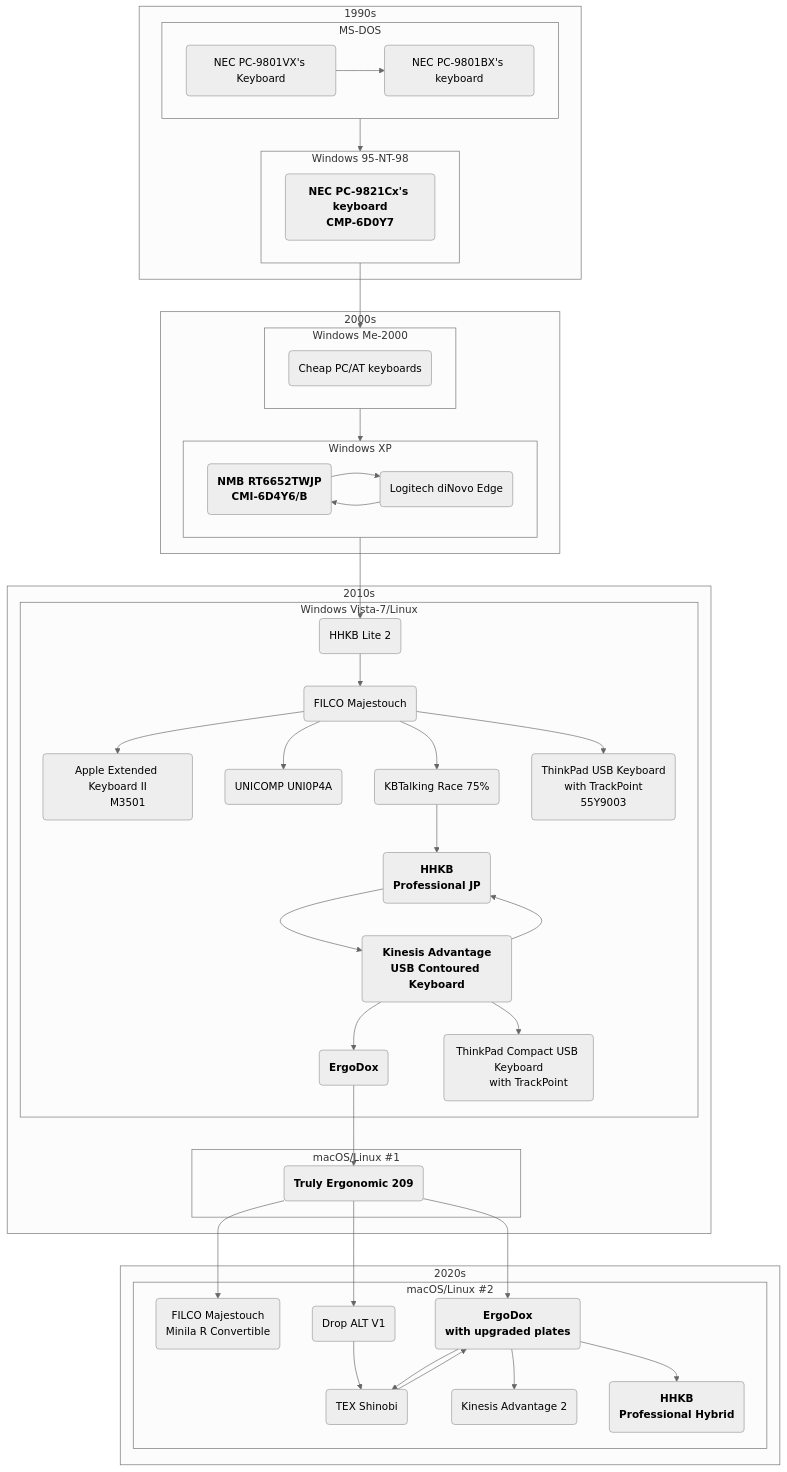
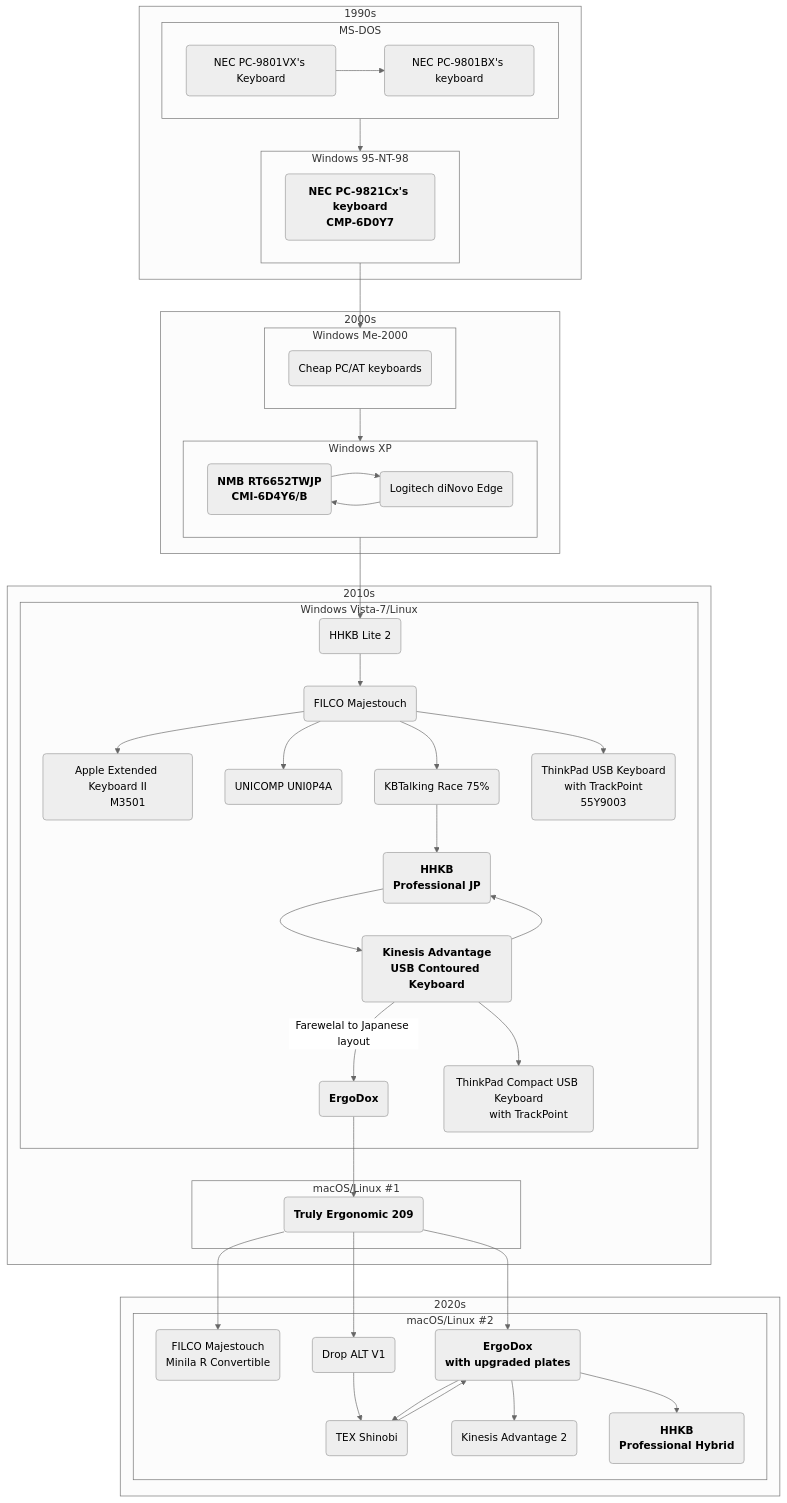
One commit to sumibi-yakitori/sumibi-yakitori changed the diagram in hid.md. Above: the diagram before and after it, drawn with Mermaid (neutral theme).

````diff
--- a/hid.md
+++ b/hid.md
@@ -19,76 +19,76 @@
 ```mermaid
 flowchart TB;
   subgraph 1990s
     subgraph MS-DOS
       direction LR
 
       pc9801vx(NEC PC-9801VX's Keyboard)-->pc9801bx(NEC PC-9801BX's keyboard);
     end
     
     subgraph Windows 95-NT-98
       direction LR
 
       pc9801bx-->pc9821cx13("`**NEC PC-9821Cx's keyboard
       CMP-6D0Y7**`");
     end
   end
   
   subgraph 2000s
     subgraph Windows Me-2000
       direction LR
 
       pc9821cx13-->pcat1(Cheap PC/AT keyboards);
     end
     
     subgraph Windows XP
       direction LR
 
       pcat1-->nmb;
       nmb("`**NMB RT6652TWJP
       CMI-6D4Y6/B**`")-->Logitech(Logitech diNovo Edge)-->nmb;
     end
   end
   
   subgraph 2010s
     subgraph Windows Vista-7/Linux
       nmb-->hhkb-lite(HHKB Lite 2);
       hhkb-lite-->filco-m(FILCO Majestouch);
       filco-m-->ae-kb("Apple Extended Keyboard II
       M3501");
       filco-m-->unicomp(UNICOMP UNI0P4A);
       filco-m-->race(KBTalking Race 75%);
       filco-m-->thinkpad1("ThinkPad USB Keyboard
       with TrackPoint
       55Y9003");
       race-->hhkb-pro-jp("`**HHKB
       Professional JP**`");
       hhkb-pro-jp-->kinesis-a("`**Kinesis Advantage
       USB Contoured Keyboard**`");
       kinesis-a-->hhkb-pro-jp;
-      kinesis-a-->ergodox1("`**ErgoDox**`");
+      kinesis-a-- "`Farewelal to Japanese layout`" -->ergodox1("`**ErgoDox**`");
       kinesis-a-->thinkpad2("ThinkPad Compact USB Keyboard
       with TrackPoint");
     end
 
     subgraph macOS/Linux #1
       ergodox1-->teck("`**Truly Ergonomic 209**`");
     end
   end
   
 
   subgraph 2020s
     subgraph macOS/Linux #2
       teck-->filco-minila-r("FILCO Majestouch
       Minila R Convertible");
       teck-->ergodox2("`**ErgoDox
       with upgraded plates**`");
       teck-->drop-alt(Drop ALT V1);
       drop-alt-->shinobi;
       ergodox2-->shinobi(TEX Shinobi);
       shinobi-->ergodox2
       ergodox2-->kinesis-a2(Kinesis Advantage 2);
       ergodox2-->hhkb-hybrid("`**HHKB
       Professional Hybrid**`");
     end
   end
 ```
````
